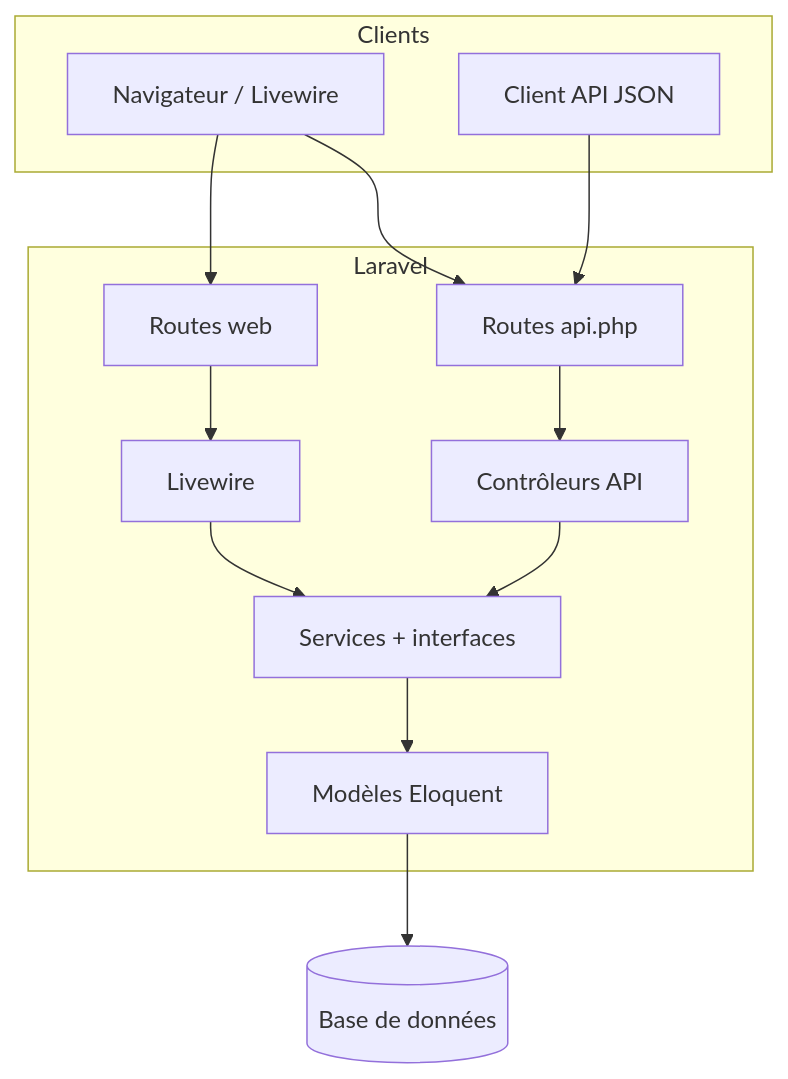
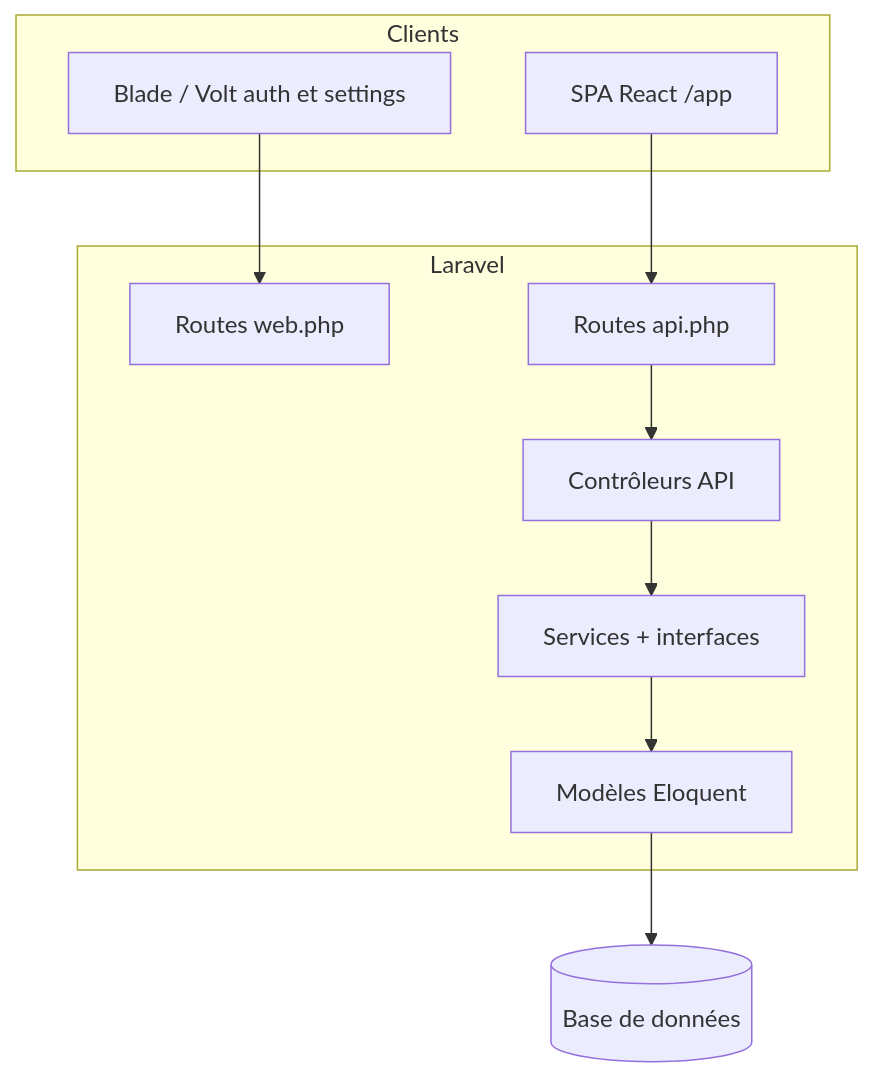
One commit to mathisGaut/Transformez-l-architecture-d-une-application-existante changed the second of 2 diagrams in docs/architecture-backend-etape4.md. Above: the diagram before and after it, drawn with Mermaid. The commit also changed other lines of this file and 4 other files, not shown here.

Commit message:
Finalisation du doc d'architecture front-end

````diff
--- a/docs/architecture-backend-etape4.md
+++ b/docs/architecture-backend-etape4.md
@@ -77,24 +81,21 @@
 ```mermaid
 flowchart TB
   subgraph clients [Clients]
-    WEB[Navigateur / Livewire]
-    API[Client API JSON]
+    SPA[SPA React /app]
+    BLADE[Blade / Volt auth et settings]
   end
   subgraph laravel [Laravel]
-    RW[Routes web]
+    RW[Routes web.php]
     RA[Routes api.php]
-    LW[Livewire]
     CAPI[Contrôleurs API]
     S[Services + interfaces]
     M[Modèles Eloquent]
   end
   DB[(Base de données)]
-  WEB --> RW --> LW
-  WEB --> RA
-  API --> RA
+  SPA --> RA
+  BLADE --> RW
   RA --> CAPI
-  LW --> S
   CAPI --> S
   S --> M
   M --> DB
 ```
````
